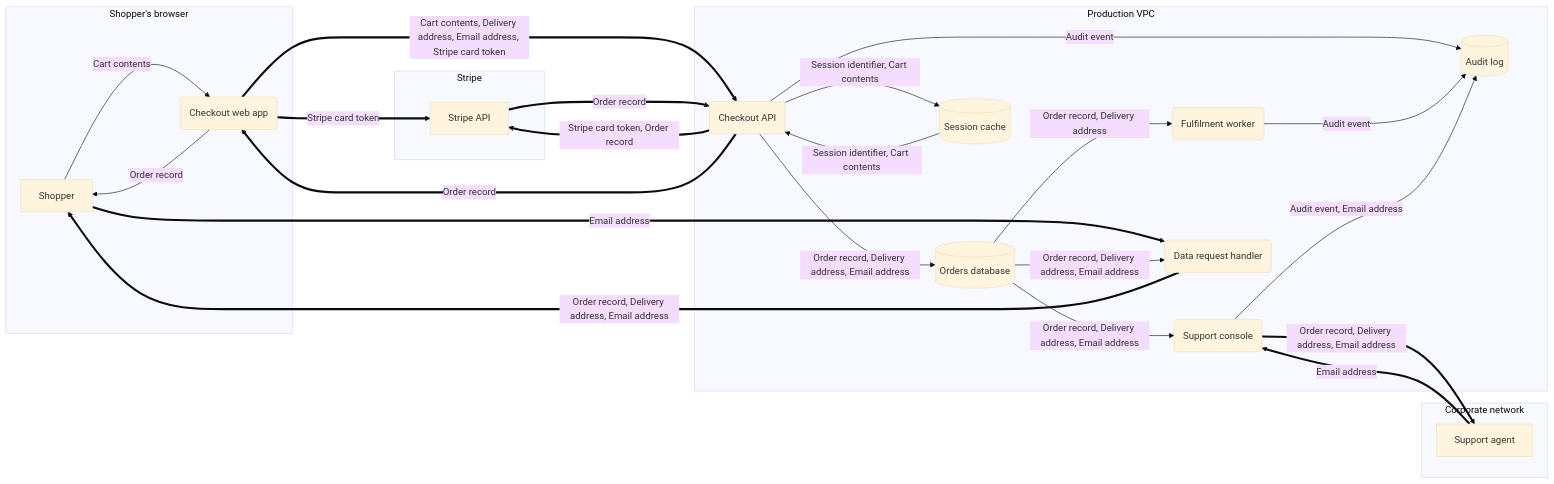
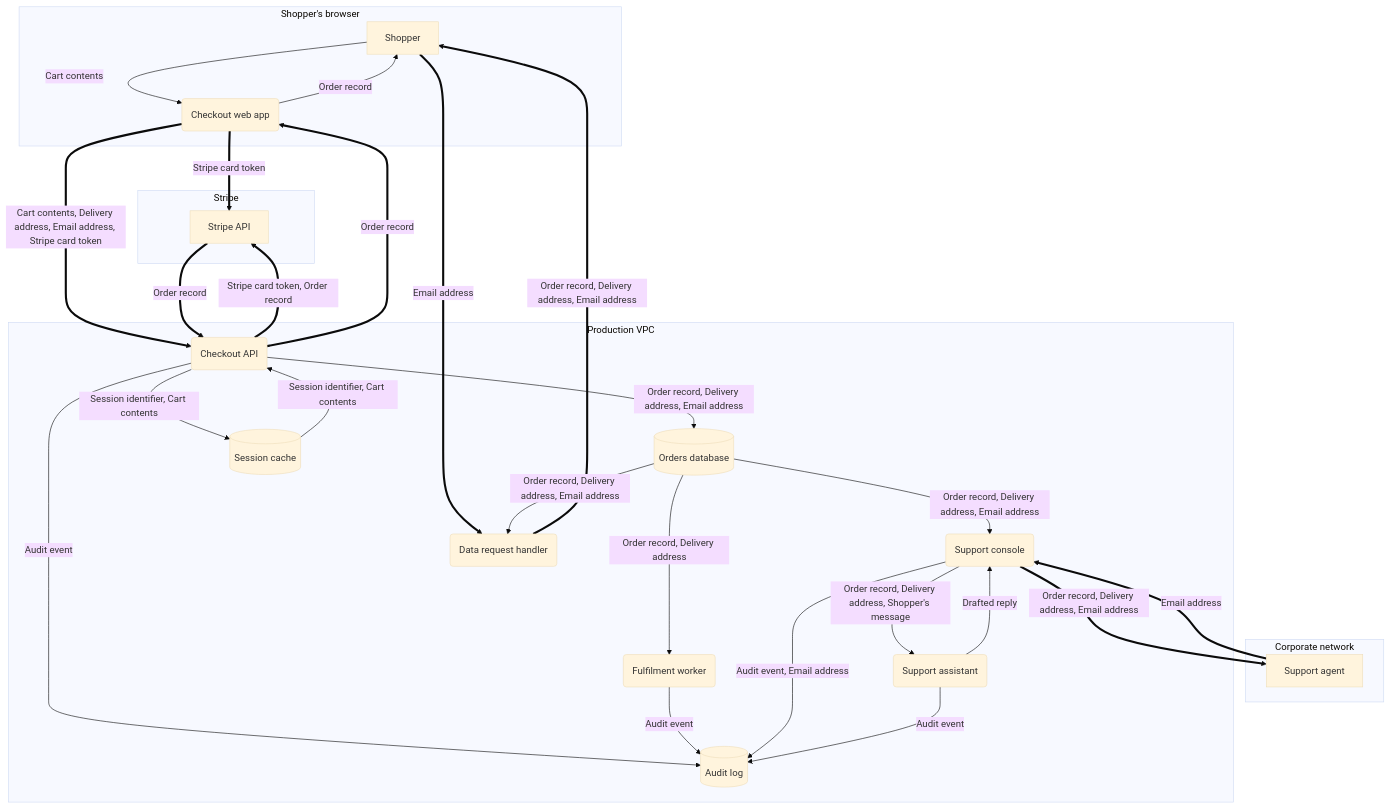
Before and after one commit to buzzworks-be/alnico-claude: the diagram in plugins/vector/skills/dfd/assets/example.dfd.md, drawn with Mermaid (base theme). The commit also changed other lines of this file and 19 other files, not shown here.

````diff
--- a/plugins/vector/skills/dfd/assets/example.dfd.md
+++ b/plugins/vector/skills/dfd/assets/example.dfd.md
@@ -24,42 +24,46 @@
 ```mermaid
-flowchart LR
+flowchart TB
   subgraph browser["Shopper's browser"]
     shopper["Shopper"]
     checkout-web("Checkout web app")
   end
   subgraph corp-net["Corporate network"]
     support-agent["Support agent"]
   end
   subgraph prod-vpc["Production VPC"]
     checkout-api("Checkout API")
     fulfilment-worker("Fulfilment worker")
     support-console("Support console")
+    support-assistant("Support assistant")
     dsar-handler("Data request handler")
     orders-db[("Orders database")]
     audit-log[("Audit log")]
     session-cache[("Session cache")]
   end
   subgraph stripe["Stripe"]
     stripe-api["Stripe API"]
   end
   shopper -->|"Cart contents"| checkout-web
   checkout-web ==>|"Stripe card token"| stripe-api
   checkout-web ==>|"Cart contents, Delivery address, Email address, Stripe card token"| checkout-api
   checkout-api ==>|"Stripe card token, Order record"| stripe-api
   stripe-api ==>|"Order record"| checkout-api
   checkout-api -->|"Order record, Delivery address, Email address"| orders-db
   checkout-api -->|"Session identifier, Cart contents"| session-cache
   session-cache -->|"Session identifier, Cart contents"| checkout-api
   checkout-api -->|"Audit event"| audit-log
   checkout-api ==>|"Order record"| checkout-web
   checkout-web -->|"Order record"| shopper
   orders-db -->|"Order record, Delivery address"| fulfilment-worker
   fulfilment-worker -->|"Audit event"| audit-log
   support-agent ==>|"Email address"| support-console
   orders-db -->|"Order record, Delivery address, Email address"| support-console
   support-console ==>|"Order record, Delivery address, Email address"| support-agent
   support-console -->|"Audit event, Email address"| audit-log
+  support-console -->|"Order record, Delivery address, Shopper's message"| support-assistant
+  support-assistant -->|"Drafted reply"| support-console
+  support-assistant -->|"Audit event"| audit-log
   shopper ==>|"Email address"| dsar-handler
   orders-db -->|"Order record, Delivery address, Email address"| dsar-handler
   dsar-handler ==>|"Order record, Delivery address, Email address"| shopper
 ```
````
